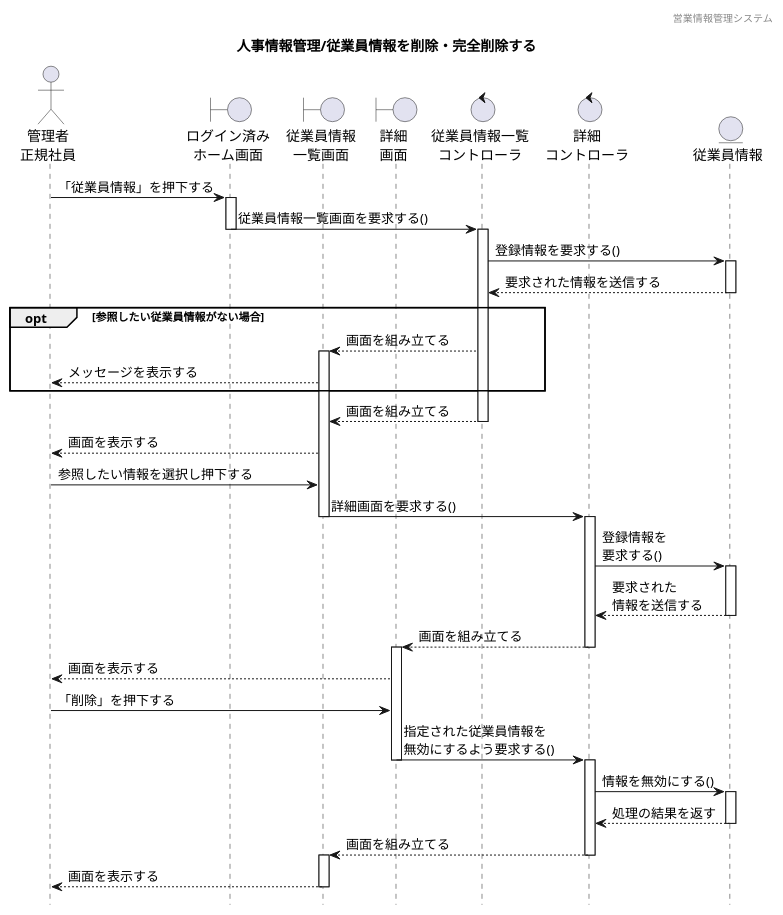
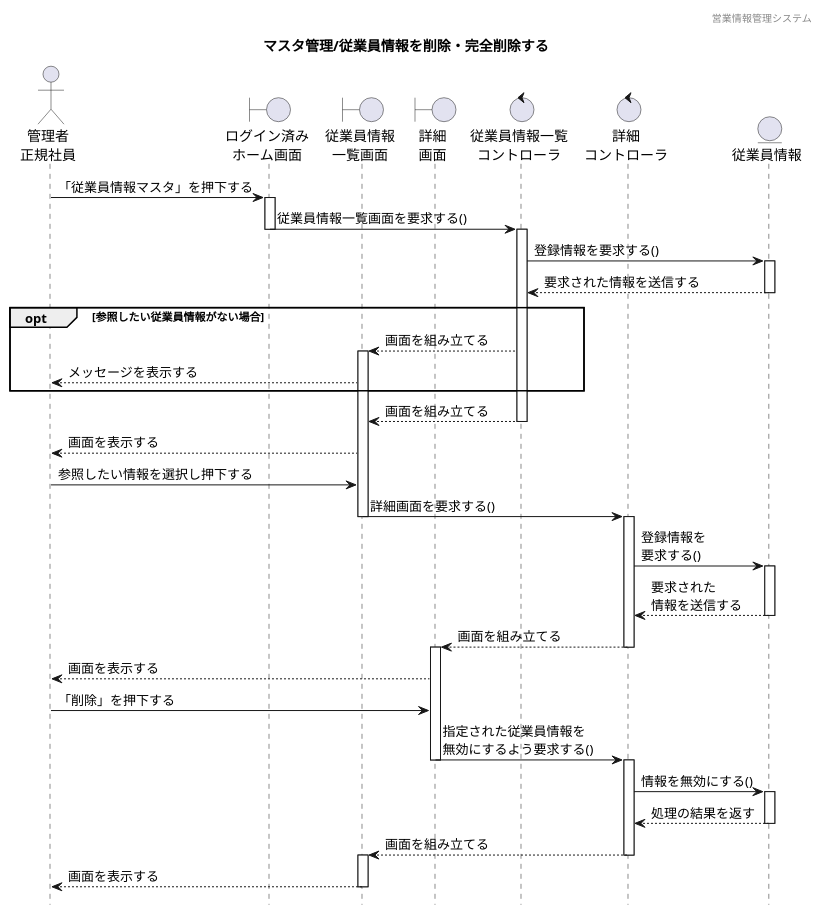
Before and after one commit to HaruShim/Sotuken: the diagram in 各種設計書/4シーケンス図/マスタ管理/1.従業員情報マスタ/従業員情報管理_削除.plantuml, drawn with PlantUML. The commit also changed 8 other files, not shown here.

```diff
--- a/各種設計書/4シーケンス図/マスタ管理/1.従業員情報マスタ/従業員情報管理_削除.plantuml
+++ b/各種設計書/4シーケンス図/マスタ管理/1.従業員情報マスタ/従業員情報管理_削除.plantuml
@@ -1,75 +1,77 @@
 @startuml ../../images/従業員情報マスタ/従業員情報管理_参照
 
 ' 下アイコン除去
 hide footbox
 ' ヘッダー
 header 営業情報管理システム
 ' タイトル
-title 人事情報管理/従業員情報を削除・完全削除する
+title マスタ管理/従業員情報を削除・完全削除する
 
 
 ' actor "" as 
 actor "管理者\n正規社員" as a1
 
 ' boundary "" as 
 boundary "ログイン済み\nホーム画面" as b1
 boundary "従業員情報\n一覧画面" as b2
 boundary "詳細\n画面" as b3
 
 ' control "" as 
 control "従業員情報一覧\nコントローラ" as c1
 control "詳細\nコントローラ" as c2
 
 ' entity "" as
 entity "従業員情報" as e1
 
 
 ' ログイン済みホーム画面から一覧表示までのシーケンス
-a1 -> b1 : 「従業員情報」を押下する
+a1 -> b1 : 「従業員情報マスタ」を押下する
 activate b1
 b1 -> c1 : 従業員情報一覧画面を要求する()
 deactivate b1
 activate c1
 c1 -> e1 : 登録情報を要求する()
 activate e1
 c1 <-- e1 : 要求された情報を送信する
 deactivate e1
 
 ' 代替フロー
 opt 参照したい従業員情報がない場合
 b2 <-- c1 : 画面を組み立てる
 activate b2
 a1 <-- b2 : メッセージを表示する
 end
 
 b2 <-- c1 : 画面を組み立てる
 deactivate c1
 
 a1 <-- b2 : 画面を表示する
 a1 -> b2 : 参照したい情報を選択し押下する
 b2 -> c2 : 詳細画面を要求する()
 deactivate b2
 activate c2
 c2 -> e1 : 登録情報を\n要求する()
 activate e1
 c2 <-- e1 : 要求された\n情報を送信する
 deactivate e1
 b3 <-- c2 : 画面を組み立てる
 deactivate c2
 activate b3
 a1 <-- b3 : 画面を表示する
+
+
 a1 -> b3 : 「削除」を押下する
 b3 -> c2 : 指定された従業員情報を\n無効にするよう要求する()
 deactivate b3
 activate c2
 c2 -> e1 : 情報を無効にする()
 activate e1
 c2 <-- e1 : 処理の結果を返す
 deactivate e1
 b2 <-- c2 : 画面を組み立てる
 deactivate c2
 activate b2
 a1 <-- b2 : 画面を表示する
 deactivate b2
 
 @enduml
```
